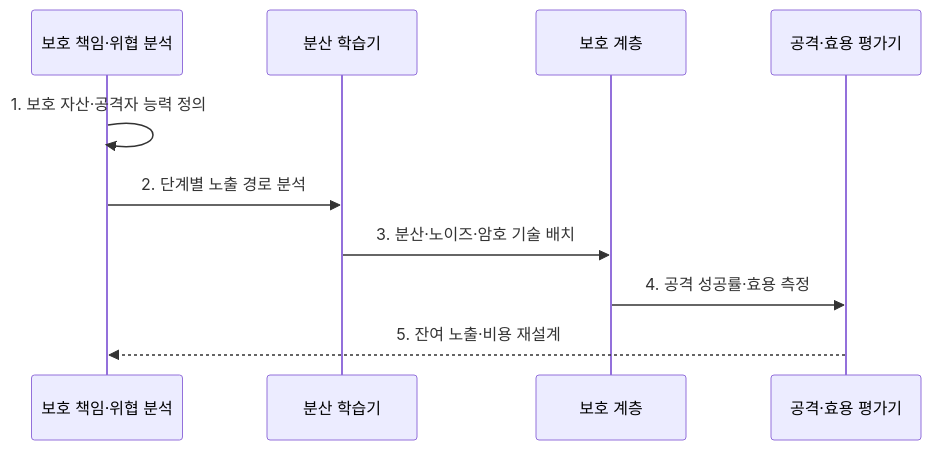
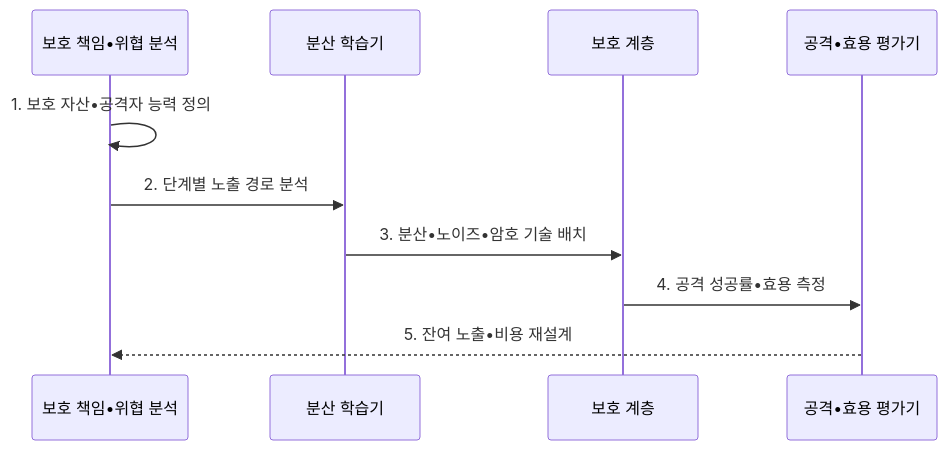
Before and after one commit to agnusdei1207/knowledge-base: the second of 2 diagrams in src/content/docs/notes/08-latest-tech/110_privacy_preserving_ai.md, drawn with Mermaid. The commit also changed other lines of this file and 953 other files, not shown here.

````diff
--- a/src/content/docs/notes/08-latest-tech/110_privacy_preserving_ai.md
+++ b/src/content/docs/notes/08-latest-tech/110_privacy_preserving_ai.md
@@ -101,12 +101,12 @@
 ```mermaid
 sequenceDiagram
-    participant T as 보호 책임·위협 분석
+    participant T as 보호 책임•위협 분석
     participant F as 분산 학습기
     participant P as 보호 계층
-    participant V as 공격·효용 평가기
-    T->>T: 1. 보호 자산·공격자 능력 정의
+    participant V as 공격•효용 평가기
+    T->>T: 1. 보호 자산•공격자 능력 정의
     T->>F: 2. 단계별 노출 경로 분석
-    F->>P: 3. 분산·노이즈·암호 기술 배치
-    P->>V: 4. 공격 성공률·효용 측정
-    V-->>T: 5. 잔여 노출·비용 재설계
+    F->>P: 3. 분산•노이즈•암호 기술 배치
+    P->>V: 4. 공격 성공률•효용 측정
+    V-->>T: 5. 잔여 노출•비용 재설계
 ```
````
